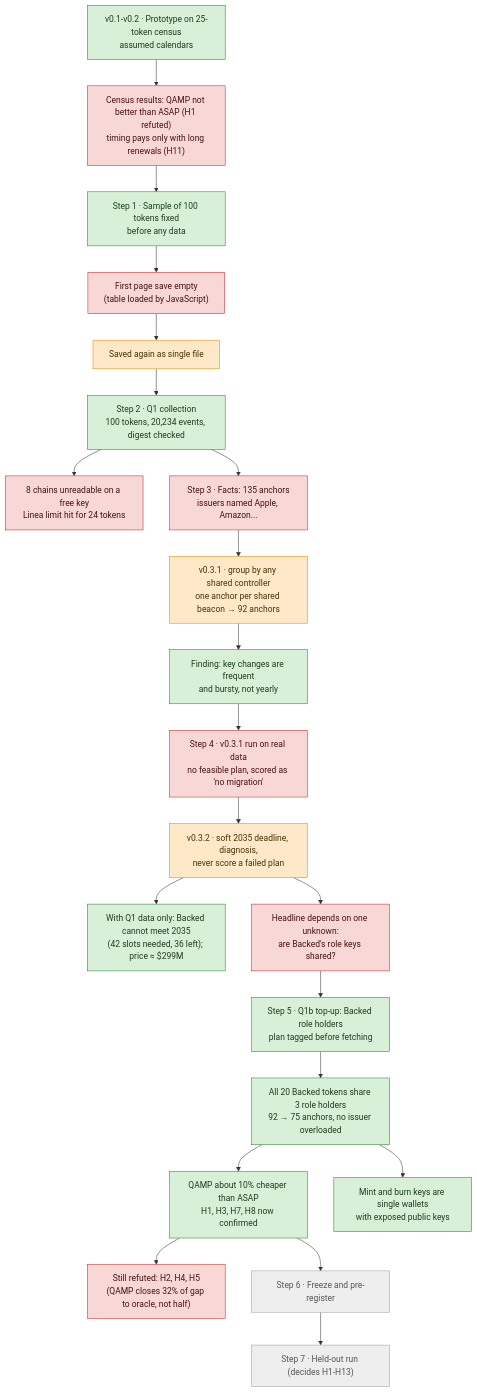
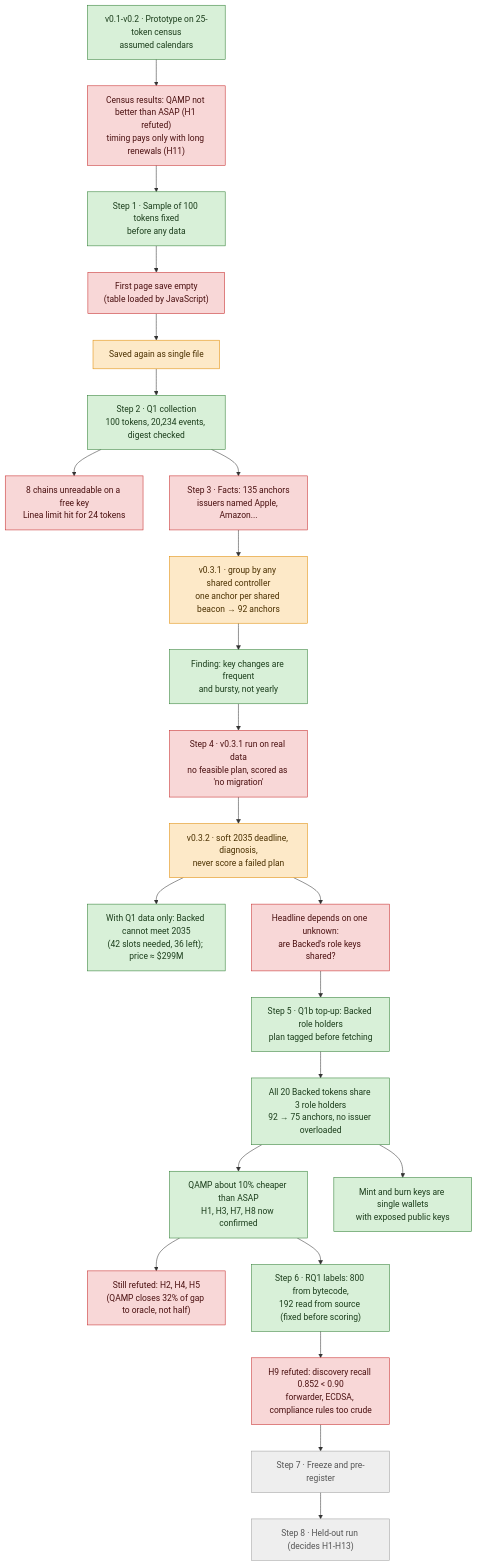
The second of 2 diagrams in rwa-quantumclock/docs/EXPERIMENT.md (FahdSaif/RWA-Asset-tokenization), drawn with Mermaid before and after one commit. The commit also changed other lines of this file and 12 other files, not shown here.

Commit message:
v0.3.7: RQ1 scored against committed labels (H9 refuted); step 6 page; progress map

````diff
--- a/rwa-quantumclock/docs/EXPERIMENT.md
+++ b/rwa-quantumclock/docs/EXPERIMENT.md
@@ -70,38 +70,40 @@
 ```mermaid
 flowchart TD
     classDef ok fill:#d8f0d8,stroke:#2e7d32,color:#1b3d1b
     classDef bad fill:#f8d7d7,stroke:#c62828,color:#4a1010
     classDef fix fill:#fde9c8,stroke:#e08a00,color:#4a3000
     classDef todo fill:#eeeeee,stroke:#9e9e9e,color:#555555
 
     P1["v0.1-v0.2 · Prototype on 25-token census<br/>assumed calendars"]:::ok
     R0["Census results: QAMP not better than ASAP (H1 refuted)<br/>timing pays only with long renewals (H11)"]:::bad
     S1["Step 1 · Sample of 100 tokens fixed<br/>before any data"]:::ok
     F1["First page save empty<br/>(table loaded by JavaScript)"]:::bad
     X1["Saved again as single file"]:::fix
     S2["Step 2 · Q1 collection<br/>100 tokens, 20,234 events, digest checked"]:::ok
     F2["8 chains unreadable on a free key<br/>Linea limit hit for 24 tokens"]:::bad
     S3["Step 3 · Facts: 135 anchors<br/>issuers named Apple, Amazon..."]:::bad
     X3["v0.3.1 · group by any shared controller<br/>one anchor per shared beacon → 92 anchors"]:::fix
     O3["Finding: key changes are frequent<br/>and bursty, not yearly"]:::ok
     S4["Step 4 · v0.3.1 run on real data<br/>no feasible plan, scored as 'no migration'"]:::bad
     X4["v0.3.2 · soft 2035 deadline, diagnosis,<br/>never score a failed plan"]:::fix
     O4["With Q1 data only: Backed cannot meet 2035<br/>(42 slots needed, 36 left); price ≈ $299M"]:::ok
     U4["Headline depends on one unknown:<br/>are Backed's role keys shared?"]:::bad
     S5["Step 5 · Q1b top-up: Backed role holders<br/>plan tagged before fetching"]:::ok
     O5["All 20 Backed tokens share 3 role holders<br/>92 → 75 anchors, no issuer overloaded"]:::ok
     R5["QAMP about 10% cheaper than ASAP<br/>H1, H3, H7, H8 now confirmed"]:::ok
     K5["Still refuted: H2, H4, H5<br/>(QAMP closes 32% of gap to oracle, not half)"]:::bad
     E5["Mint and burn keys are single wallets<br/>with exposed public keys"]:::ok
-    S6["Step 6 · Freeze and pre-register"]:::todo
-    S7["Step 7 · Held-out run (decides H1-H13)"]:::todo
+    L6["Step 6 · RQ1 labels: 800 from bytecode,<br/>192 read from source (fixed before scoring)"]:::ok
+    H9["H9 refuted: discovery recall 0.852 < 0.90<br/>forwarder, ECDSA, compliance rules too crude"]:::bad
+    S6["Step 7 · Freeze and pre-register"]:::todo
+    S7["Step 8 · Held-out run (decides H1-H13)"]:::todo
 
     P1 --> R0 --> S1
     S1 --> F1 --> X1 --> S2
     S2 --> F2
     S2 --> S3 --> X3 --> O3 --> S4
     S4 --> X4 --> O4
-    X4 --> U4 --> S5 --> O5 --> R5 --> S6 --> S7
+    X4 --> U4 --> S5 --> O5 --> R5 --> L6 --> H9 --> S6 --> S7
     O5 --> E5
     R5 --> K5
 ```
````
